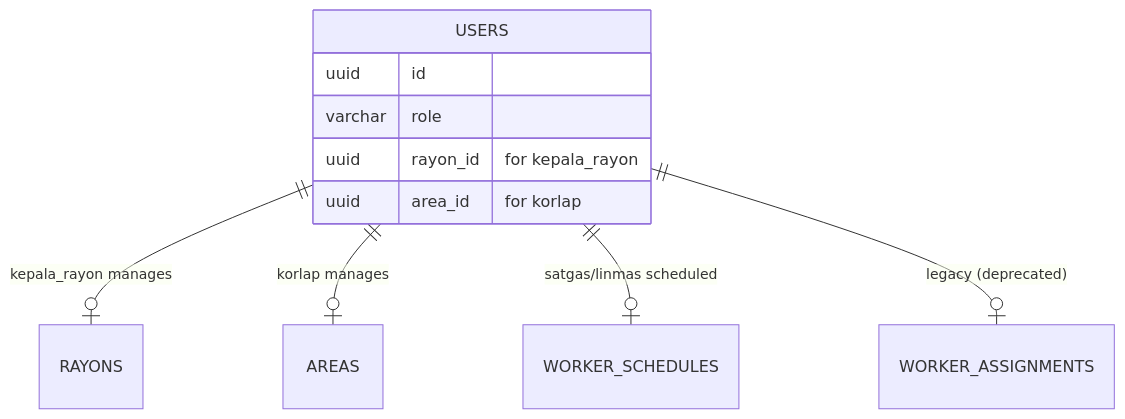
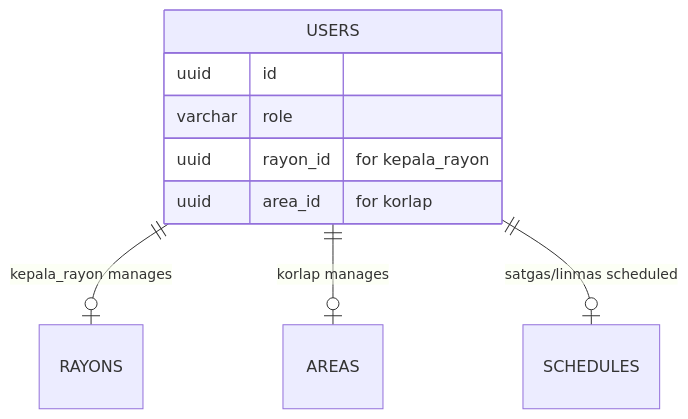
The third of 9 diagrams in specs/database/erd.md (dlhsby/sekar), drawn with Mermaid before and after one commit. The commit also changed other lines of this file and 417 other files, not shown here.

````diff
--- a/specs/database/erd.md
+++ b/specs/database/erd.md
@@ -335,14 +318,13 @@
 ```mermaid
 erDiagram
     USERS ||--o| RAYONS : "kepala_rayon manages"
     USERS ||--o| AREAS : "korlap manages"
-    USERS ||--o| WORKER_SCHEDULES : "satgas/linmas scheduled"
-    USERS ||--o| WORKER_ASSIGNMENTS : "legacy (deprecated)"
+    USERS ||--o| SCHEDULES : "satgas/linmas scheduled"
 
     USERS {
         uuid id
         varchar role
         uuid rayon_id "for kepala_rayon"
         uuid area_id "for korlap"
     }
 ```
````
